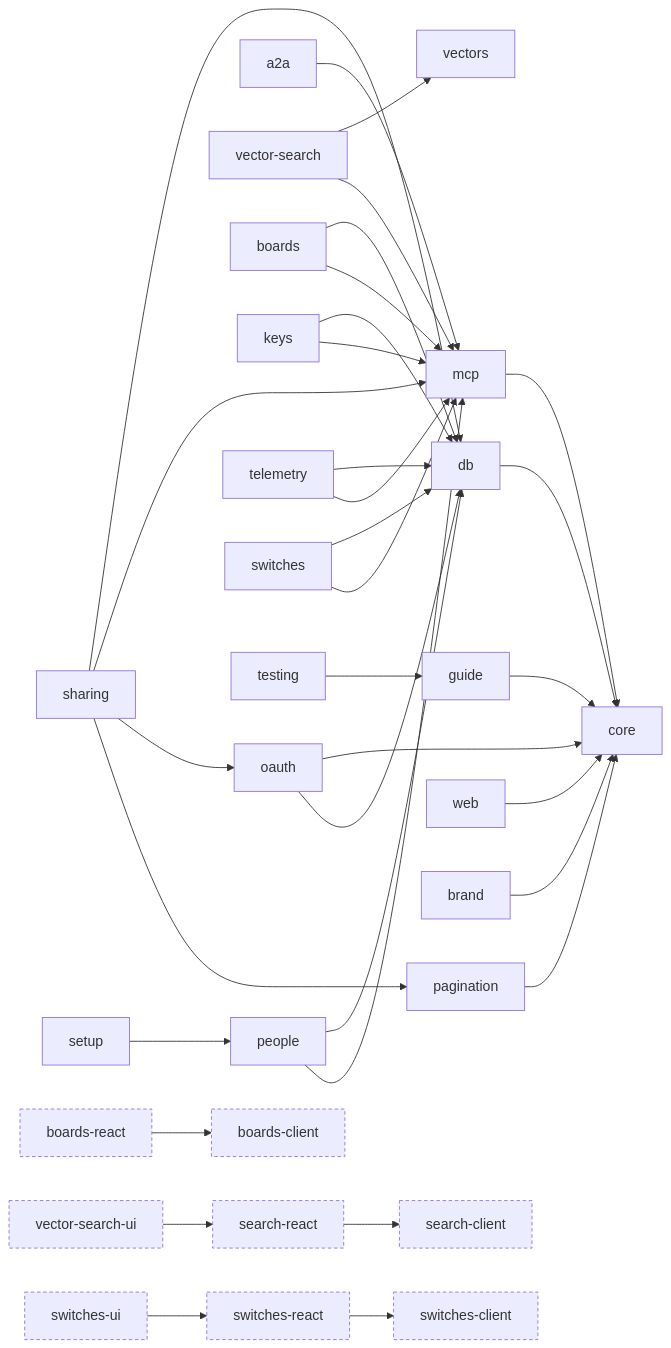
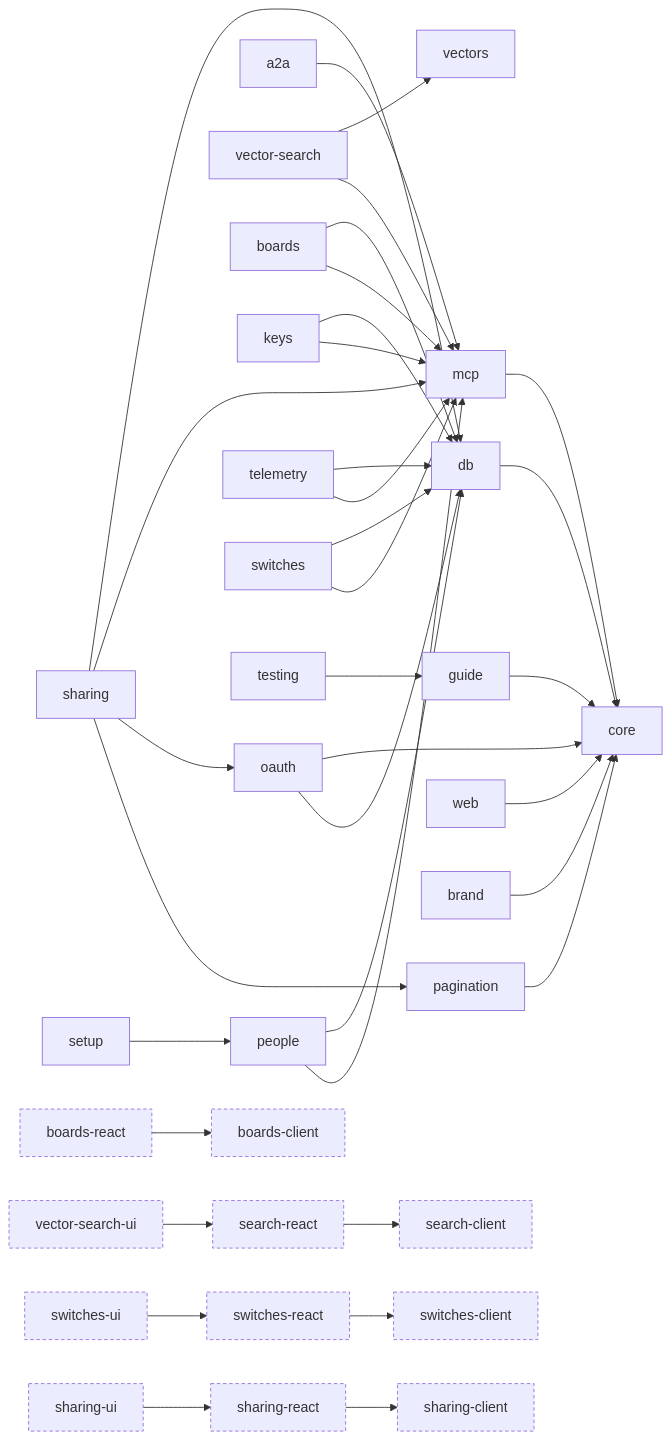
The diagram in docs/PARTS.md (escalay/api-kit), drawn with Mermaid before and after one commit. The commit also changed other lines of this file and 15 other files, not shown here.

````diff
--- a/docs/PARTS.md
+++ b/docs/PARTS.md
@@ -81,64 +84,69 @@
 ```mermaid
 flowchart LR
   core[core]
   db[db]
   oauth[oauth]
   pagination[pagination]
   guide[guide]
   mcp[mcp]
   a2a[a2a]
   vectors[vectors]
   vector_search[vector-search]
   web[web]
   brand[brand]
   boards[boards]
   keys[keys]
   people[people]
   setup[setup]
   telemetry[telemetry]
   switches[switches]
   sharing[sharing]
   testing[testing]
   search_client[search-client]
   search_react[search-react]
   vector_search_ui[vector-search-ui]
   switches_client[switches-client]
   switches_react[switches-react]
   switches_ui[switches-ui]
+  sharing_client[sharing-client]
+  sharing_react[sharing-react]
+  sharing_ui[sharing-ui]
   boards_client[boards-client]
   boards_react[boards-react]
   db --> core
   oauth --> core
   oauth --> db
   pagination --> core
   guide --> core
   mcp --> core
   a2a --> mcp
   vector_search --> vectors
   vector_search --> mcp
   web --> core
   brand --> core
   boards --> db
   boards --> mcp
   keys --> db
   keys --> mcp
   people --> db
   people --> mcp
   setup --> people
   telemetry --> db
   telemetry --> mcp
   switches --> db
   switches --> mcp
   sharing --> db
   sharing --> mcp
   sharing --> oauth
   sharing --> pagination
   testing --> guide
   search_react --> search_client
   vector_search_ui --> search_react
   switches_react --> switches_client
   switches_ui --> switches_react
+  sharing_react --> sharing_client
+  sharing_ui --> sharing_react
   boards_react --> boards_client
   classDef layer stroke-dasharray: 4 3
-  class search_client,search_react,vector_search_ui,switches_client,switches_react,switches_ui,boards_client,boards_react layer
+  class search_client,search_react,vector_search_ui,switches_client,switches_react,switches_ui,sharing_client,sharing_react,sharing_ui,boards_client,boards_react layer
 ```
````
